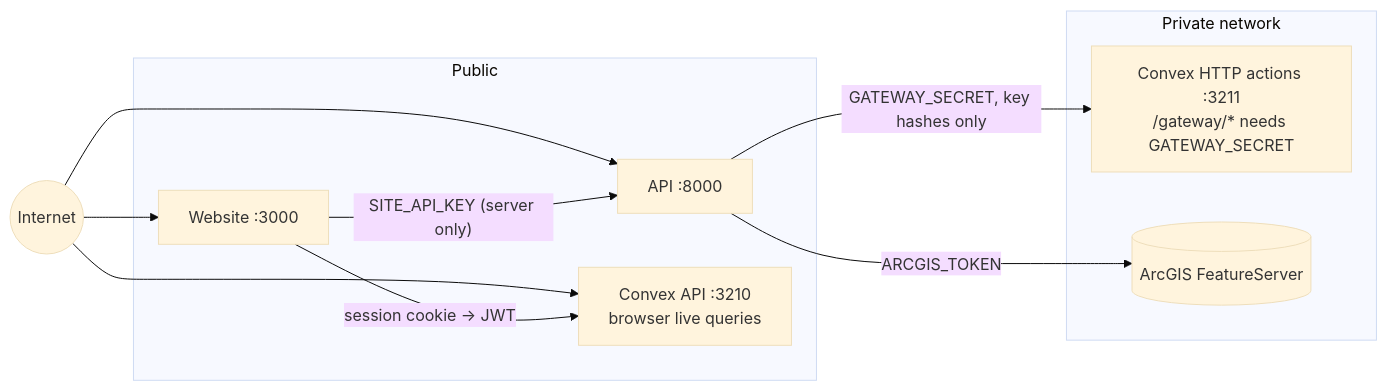
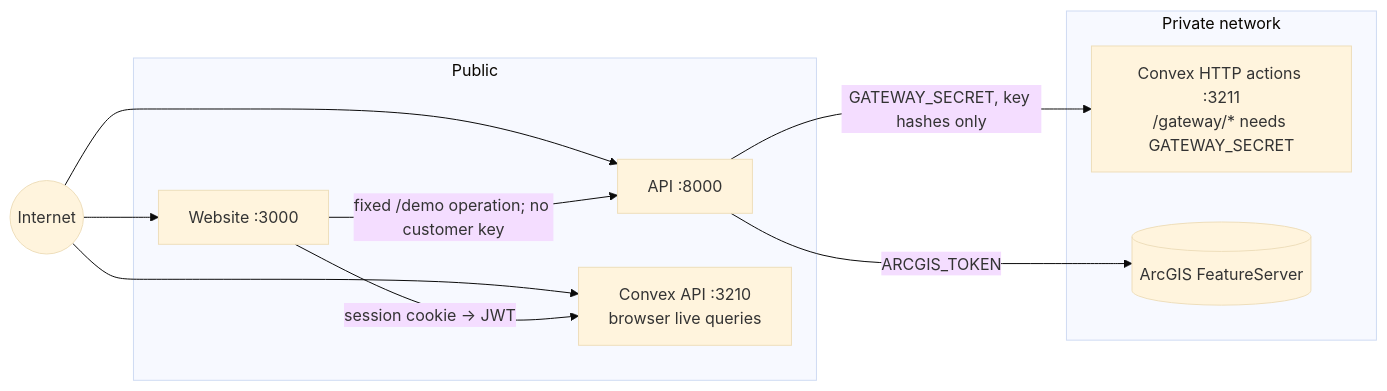
Before and after one commit to barkhai-ux/api_provider: the diagram in docs/architecture.md, drawn with Mermaid (base theme). The commit also changed other lines of this file and 73 other files, not shown here.

````diff
--- a/docs/architecture.md
+++ b/docs/architecture.md
@@ -14,18 +14,18 @@
 ```mermaid
 flowchart LR
     internet((Internet))
     subgraph public[Public]
         web[Website :3000]
         api[API :8000]
         convexapi[Convex API :3210<br/>browser live queries]
     end
     subgraph private[Private network]
         convexsite[Convex HTTP actions :3211<br/>/gateway/* needs GATEWAY_SECRET]
         arcgis[(ArcGIS FeatureServer)]
     end
     internet --> web & api & convexapi
-    web -- "SITE_API_KEY (server only)" --> api
+    web -- "fixed /demo operation; no customer key" --> api
     web -- "session cookie → JWT" --> convexapi
     api -- "GATEWAY_SECRET, key hashes only" --> convexsite
     api -- "ARCGIS_TOKEN" --> arcgis
 ```
````
